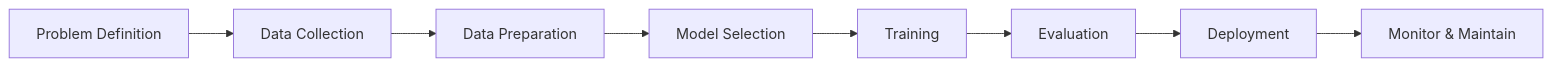
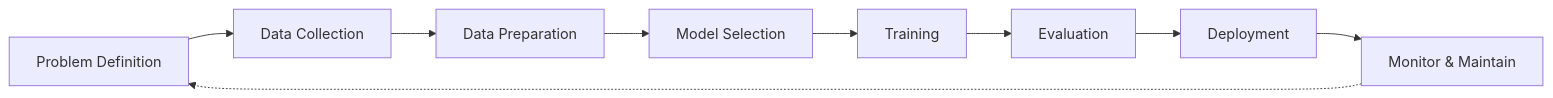
The first of 4 diagrams in docs/courses/machine-learning/01-introduction.md (Raushan666java/ai-engineering-journey), drawn with Mermaid before and after one commit. The commit also changed other lines of this file and 41 other files, not shown here.

````diff
--- a/docs/courses/machine-learning/01-introduction.md
+++ b/docs/courses/machine-learning/01-introduction.md
@@ -27,10 +31,11 @@
 ```mermaid
 flowchart LR
     A[Problem Definition] --> B[Data Collection]
     B --> C[Data Preparation]
     C --> D[Model Selection]
     D --> E[Training]
     E --> F[Evaluation]
     F --> G[Deployment]
     G --> H[Monitor & Maintain]
+    H -.-> A
 ```
````
